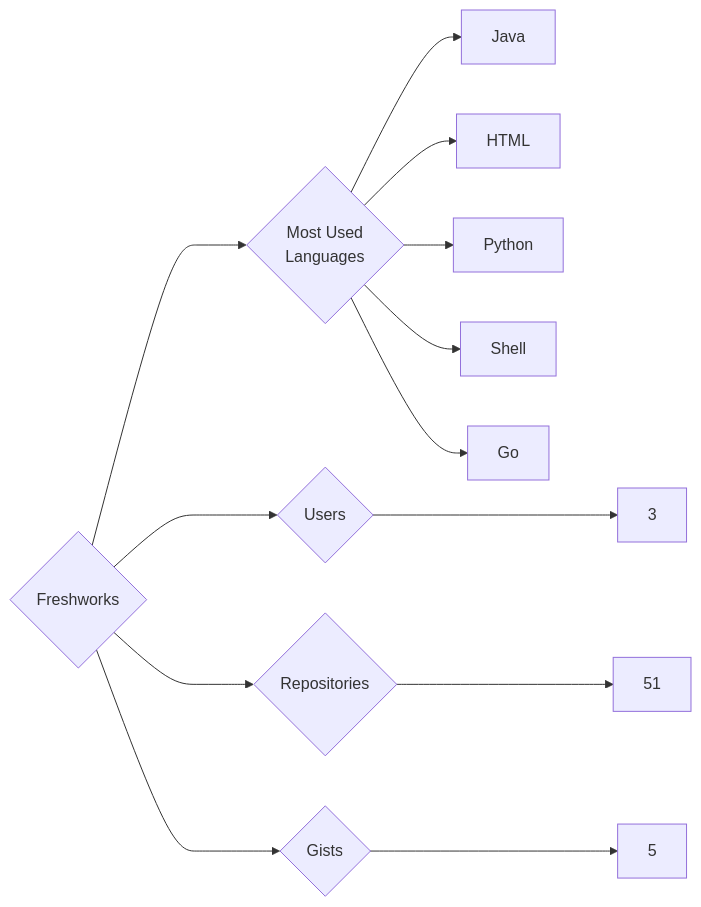
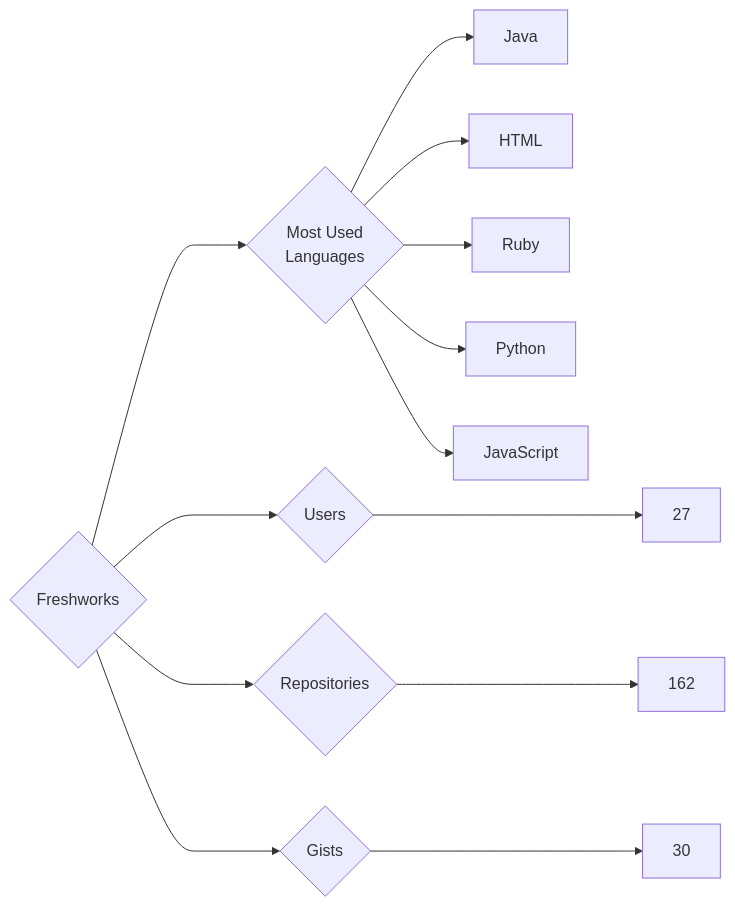
The diagram in targets/Freshworks/README.md (trickest/insiders), drawn with Mermaid before and after one commit. The commit also changed 914 other files, not shown here.

````diff
--- a/targets/Freshworks/README.md
+++ b/targets/Freshworks/README.md
@@ -3,13 +3,13 @@
 ```mermaid
 graph LR
 COMPANY_NAME{Freshworks}
-COMPANY_NAME ---> U{Users} ---> UN[3]
-COMPANY_NAME ---> R{Repositories} ---> RN[51]
-COMPANY_NAME ---> G{Gists} ---> GN[5]
+COMPANY_NAME ---> U{Users} ---> UN[27]
+COMPANY_NAME ---> R{Repositories} ---> RN[162]
+COMPANY_NAME ---> G{Gists} ---> GN[30]
 COMPANY_NAME ---> ML{Most Used<br>Languages}
 ML --> Java[Java]
 ML --> HTML[HTML]
+ML --> Ruby[Ruby]
 ML --> Python[Python]
-ML --> Shell[Shell]
-ML --> Go[Go]
+ML --> JavaScript[JavaScript]
 ```
````
